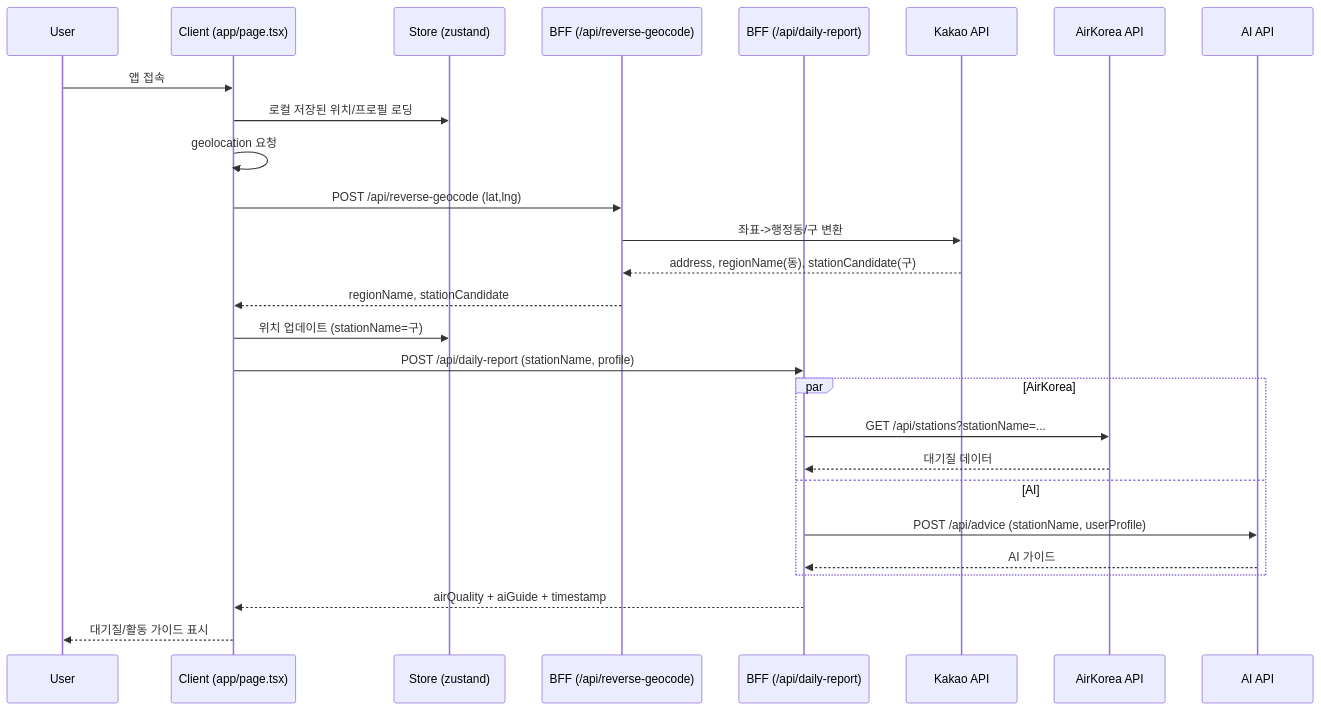
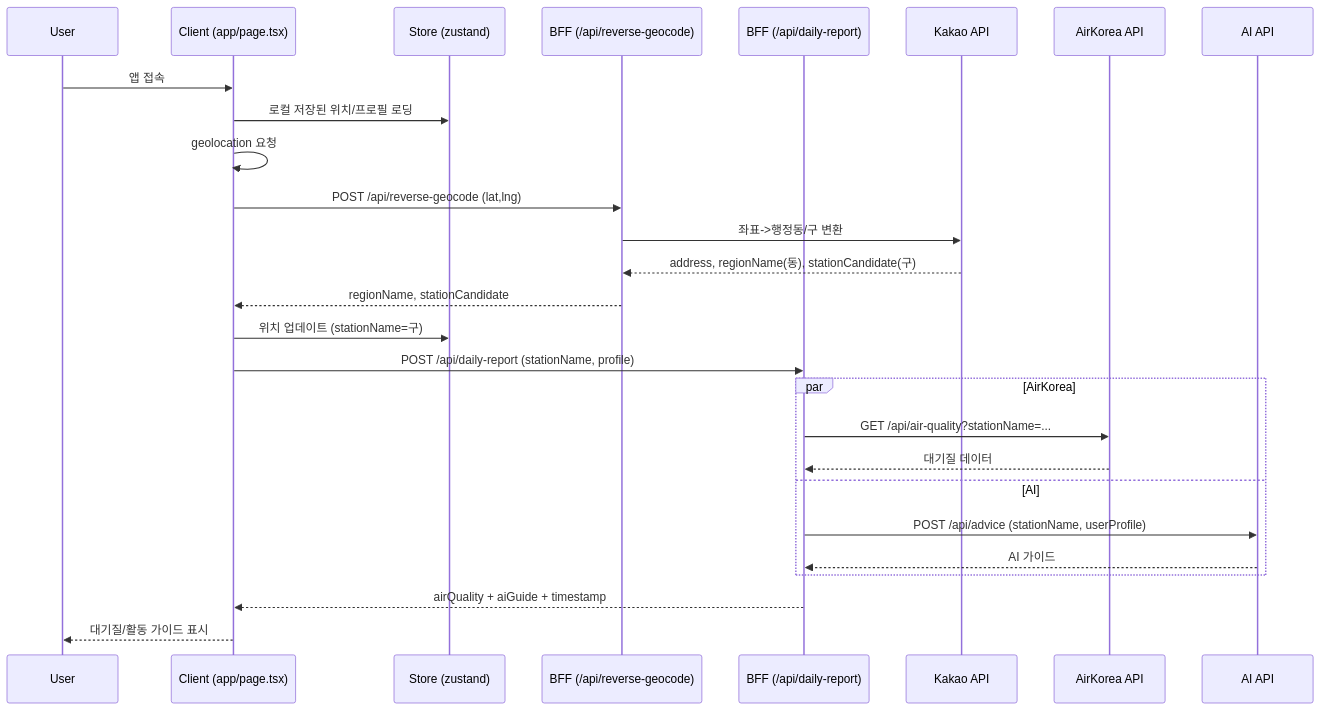
The second of 2 diagrams in README.md (CMC-EPI-LOG/EPI-LOG-MAIN), drawn with Mermaid before and after one commit. The commit also changed other lines of this file and 12 other files, not shown here.

````diff
--- a/README.md
+++ b/README.md
@@ -34,30 +34,30 @@
 ```mermaid
 sequenceDiagram
   participant U as User
   participant C as Client (app/page.tsx)
   participant S as Store (zustand)
   participant G as BFF (/api/reverse-geocode)
   participant B as BFF (/api/daily-report)
   participant K as Kakao API
   participant A as AirKorea API
   participant AI as AI API
 
   U->>C: 앱 접속
   C->>S: 로컬 저장된 위치/프로필 로딩
   C->>C: geolocation 요청
   C->>G: POST /api/reverse-geocode (lat,lng)
   G->>K: 좌표->행정동/구 변환
   K-->>G: address, regionName(동), stationCandidate(구)
   G-->>C: regionName, stationCandidate
   C->>S: 위치 업데이트 (stationName=구)
   C->>B: POST /api/daily-report (stationName, profile)
   par AirKorea
-    B->>A: GET /api/stations?stationName=...
+    B->>A: GET /api/air-quality?stationName=...
     A-->>B: 대기질 데이터
   and AI
     B->>AI: POST /api/advice (stationName, userProfile)
     AI-->>B: AI 가이드
   end
   B-->>C: airQuality + aiGuide + timestamp
   C-->>U: 대기질/활동 가이드 표시
 ```
````
